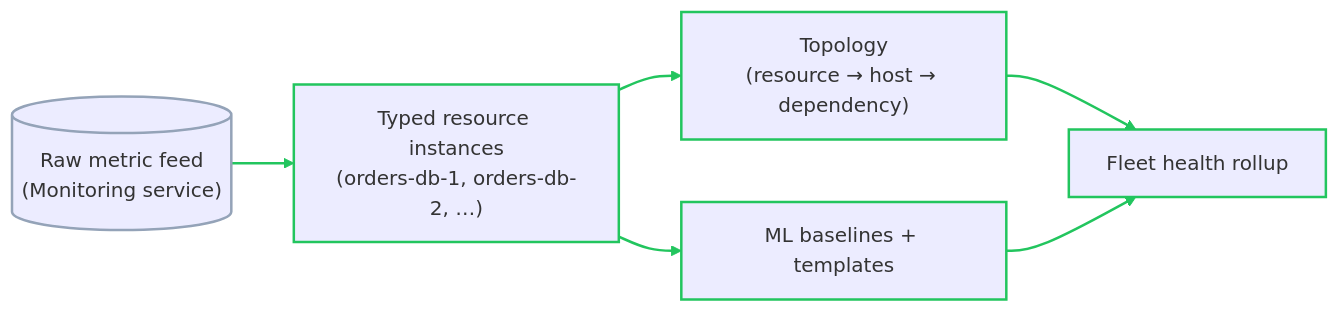
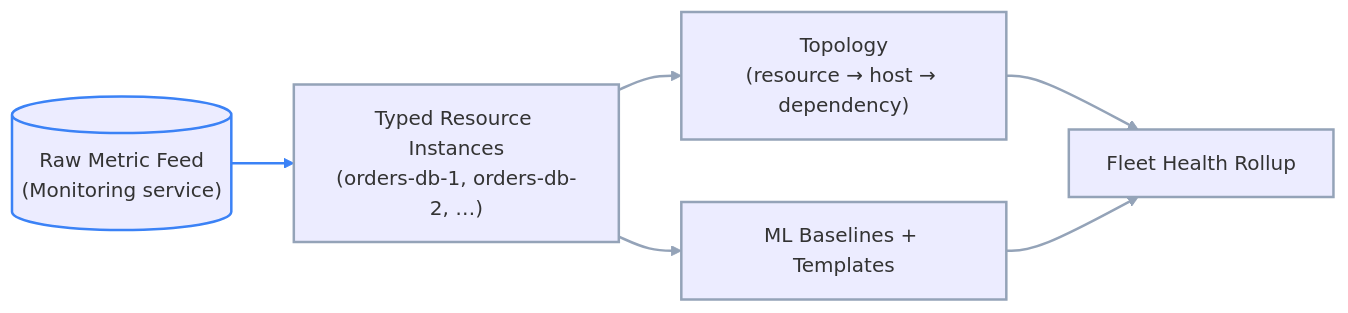
Before and after one commit to leonlnj/engineering-gym: the first of 3 diagrams in 04-oracle/observability-professional/07-stack-monitoring.md, drawn with Mermaid. The commit also changed other lines of this file and 10 other files, not shown here.

````diff
--- a/04-oracle/observability-professional/07-stack-monitoring.md
+++ b/04-oracle/observability-professional/07-stack-monitoring.md
@@ -28,16 +28,17 @@
 ```mermaid
 flowchart LR
-    RM[("Raw metric feed<br/>(Monitoring service)")] --> RI["Typed resource instances<br/>(orders-db-1, orders-db-2, …)"]
+    RM[("Raw Metric Feed<br/>(Monitoring service)")] --> RI["Typed Resource Instances<br/>(orders-db-1, orders-db-2, …)"]
     RI --> TP["Topology<br/>(resource → host → dependency)"]
-    RI --> BL["ML baselines + templates"]
-    TP --> FH["Fleet health rollup"]
+    RI --> BL["ML Baselines + Templates"]
+    TP --> FH["Fleet Health Rollup"]
     BL --> FH
 
-    linkStyle 0,1,2,3,4 stroke:#22c55e,stroke-width:2px
+    linkStyle 0 stroke:#3b82f6,stroke-width:2px
+    linkStyle 1,2,3,4 stroke:#94a3b8,stroke-width:2px
 
-    style RM stroke:#94a3b8,stroke-width:2px
-    style RI stroke:#22c55e,stroke-width:2px
-    style TP stroke:#22c55e,stroke-width:2px
-    style BL stroke:#22c55e,stroke-width:2px
-    style FH stroke:#22c55e,stroke-width:2px
+    style RM stroke:#3b82f6,stroke-width:2px
+    style RI stroke:#94a3b8,stroke-width:2px
+    style TP stroke:#94a3b8,stroke-width:2px
+    style BL stroke:#94a3b8,stroke-width:2px
+    style FH stroke:#94a3b8,stroke-width:2px
 ```
````
